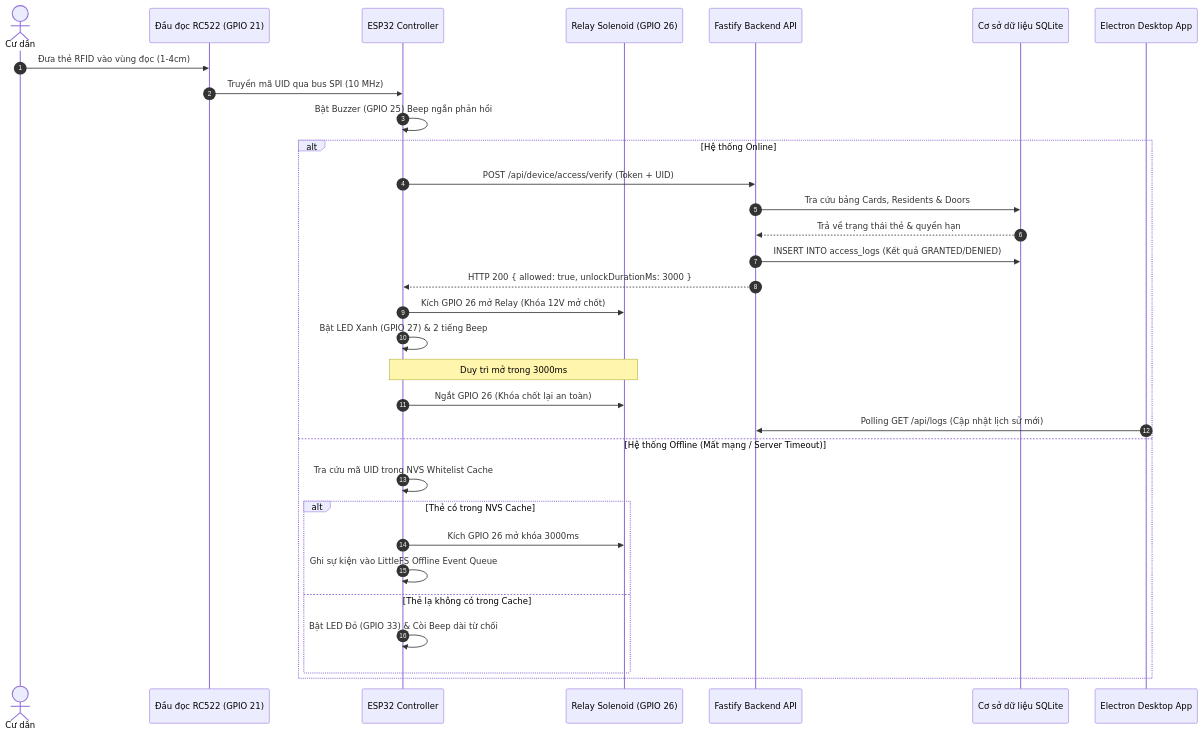
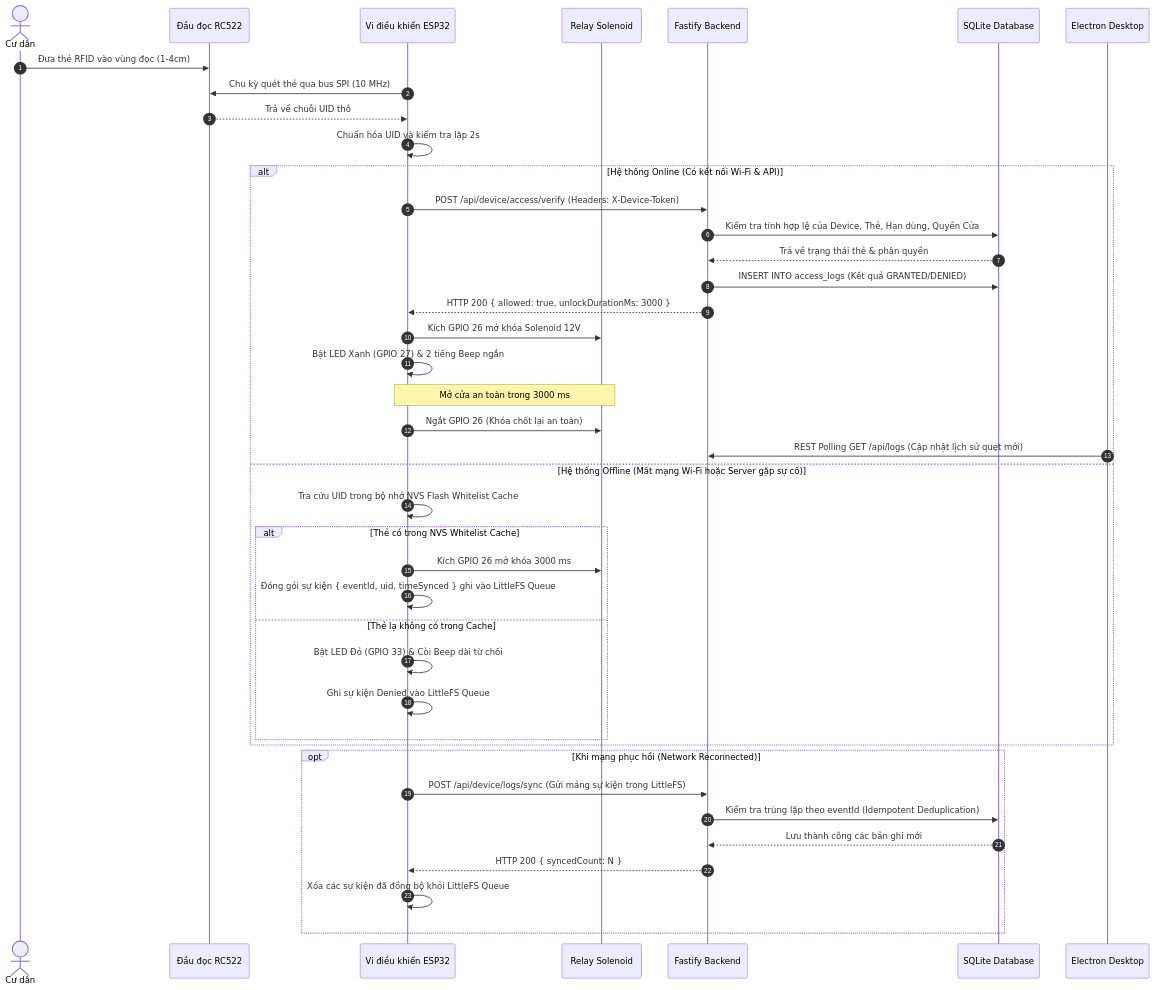
One commit to NguyenHoangUy1305/iot-rfid-access-control changed the fifth of 5 diagrams in docs/SO_DO_KY_THUAT_VA_LY_THUYET.md. Above: the diagram before and after it, drawn with Mermaid. The commit also changed other lines of this file and 1 other file, not shown here.

Commit message:
docs: upgrade Project 1 roadmap and technical schematics to 10/10 standard

````diff
--- a/docs/SO_DO_KY_THUAT_VA_LY_THUYET.md
+++ b/docs/SO_DO_KY_THUAT_VA_LY_THUYET.md
@@ -333,36 +393,46 @@
 ```mermaid
 sequenceDiagram
     autonumber
     actor Resident as Cư dân
-    participant RC522 as Đầu đọc RC522 (GPIO 21)
-    participant ESP32 as ESP32 Controller
-    participant Relay as Relay Solenoid (GPIO 26)
-    participant Server as Fastify Backend API
-    participant DB as Cơ sở dữ liệu SQLite
-    participant Desktop as Electron Desktop App
+    participant RC as Đầu đọc RC522
+    participant ESP as Vi điều khiển ESP32
+    participant Relay as Relay Solenoid
+    participant API as Fastify Backend
+    participant DB as SQLite Database
+    participant Desktop as Electron Desktop
 
-    Resident->>RC522: Đưa thẻ RFID vào vùng đọc (1-4cm)
-    RC522->>ESP32: Truyền mã UID qua bus SPI (10 MHz)
-    ESP32->>ESP32: Bật Buzzer (GPIO 25) Beep ngắn phản hồi
+    Resident->>RC: Đưa thẻ RFID vào vùng đọc (1-4cm)
+    ESP->>RC: Chu kỳ quét thẻ qua bus SPI (10 MHz)
+    RC-->>ESP: Trả về chuỗi UID thô
+    ESP->>ESP: Chuẩn hóa UID và kiểm tra lặp 2s
 
-    alt Hệ thống Online
-        ESP32->>Server: POST /api/device/access/verify (Token + UID)
-        Server->>DB: Tra cứu bảng Cards, Residents & Doors
-        DB-->>Server: Trả về trạng thái thẻ & quyền hạn
-        Server->>DB: INSERT INTO access_logs (Kết quả GRANTED/DENIED)
-        Server-->>ESP32: HTTP 200 { allowed: true, unlockDurationMs: 3000 }
-        ESP32->>Relay: Kích GPIO 26 mở Relay (Khóa 12V mở chốt)
-        ESP32->>ESP32: Bật LED Xanh (GPIO 27) & 2 tiếng Beep
-        Note over ESP32,Relay: Duy trì mở trong 3000ms
-        ESP32->>Relay: Ngắt GPIO 26 (Khóa chốt lại an toàn)
-        Desktop->>Server: Polling GET /api/logs (Cập nhật lịch sử mới)
-    else Hệ thống Offline (Mất mạng / Server Timeout)
-        ESP32->>ESP32: Tra cứu mã UID trong NVS Whitelist Cache
-        alt Thẻ có trong NVS Cache
-            ESP32->>Relay: Kích GPIO 26 mở khóa 3000ms
-            ESP32->>ESP32: Ghi sự kiện vào LittleFS Offline Event Queue
+    alt Hệ thống Online (Có kết nối Wi-Fi & API)
+        ESP->>API: POST /api/device/access/verify (Headers: X-Device-Token)
+        API->>DB: Kiểm tra tính hợp lệ của Device, Thẻ, Hạn dùng, Quyền Cửa
+        DB-->>API: Trả về trạng thái thẻ & phân quyền
+        API->>DB: INSERT INTO access_logs (Kết quả GRANTED/DENIED)
+        API-->>ESP: HTTP 200 { allowed: true, unlockDurationMs: 3000 }
+        ESP->>Relay: Kích GPIO 26 mở khóa Solenoid 12V
+        ESP->>ESP: Bật LED Xanh (GPIO 27) & 2 tiếng Beep ngắn
+        Note over ESP,Relay: Mở cửa an toàn trong 3000 ms
+        ESP->>Relay: Ngắt GPIO 26 (Khóa chốt lại an toàn)
+        Desktop->>API: REST Polling GET /api/logs (Cập nhật lịch sử quẹt mới)
+    else Hệ thống Offline (Mất mạng Wi-Fi hoặc Server gặp sự cố)
+        ESP->>ESP: Tra cứu UID trong bộ nhớ NVS Flash Whitelist Cache
+        alt Thẻ có trong NVS Whitelist Cache
+            ESP->>Relay: Kích GPIO 26 mở khóa 3000 ms
+            ESP->>ESP: Đóng gói sự kiện { eventId, uid, timeSynced } ghi vào LittleFS Queue
         else Thẻ lạ không có trong Cache
-            ESP32->>ESP32: Bật LED Đỏ (GPIO 33) & Còi Beep dài từ chối
+            ESP->>ESP: Bật LED Đỏ (GPIO 33) & Còi Beep dài từ chối
+            ESP->>ESP: Ghi sự kiện Denied vào LittleFS Queue
         end
     end
+
+    opt Khi mạng phục hồi (Network Reconnected)
+        ESP->>API: POST /api/device/logs/sync (Gửi mảng sự kiện trong LittleFS)
+        API->>DB: Kiểm tra trùng lặp theo eventId (Idempotent Deduplication)
+        DB-->>API: Lưu thành công các bản ghi mới
+        API-->>ESP: HTTP 200 { syncedCount: N }
+        ESP->>ESP: Xóa các sự kiện đã đồng bộ khỏi LittleFS Queue
+    end
 ```
````
